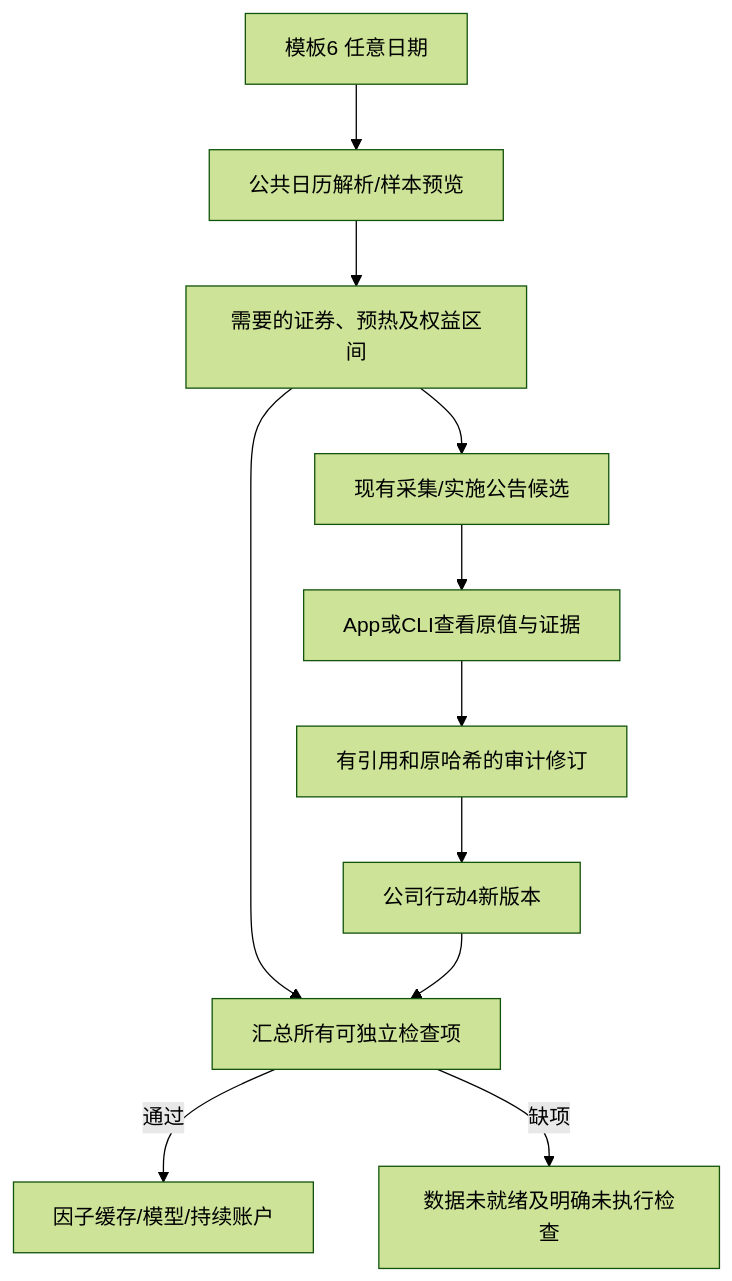
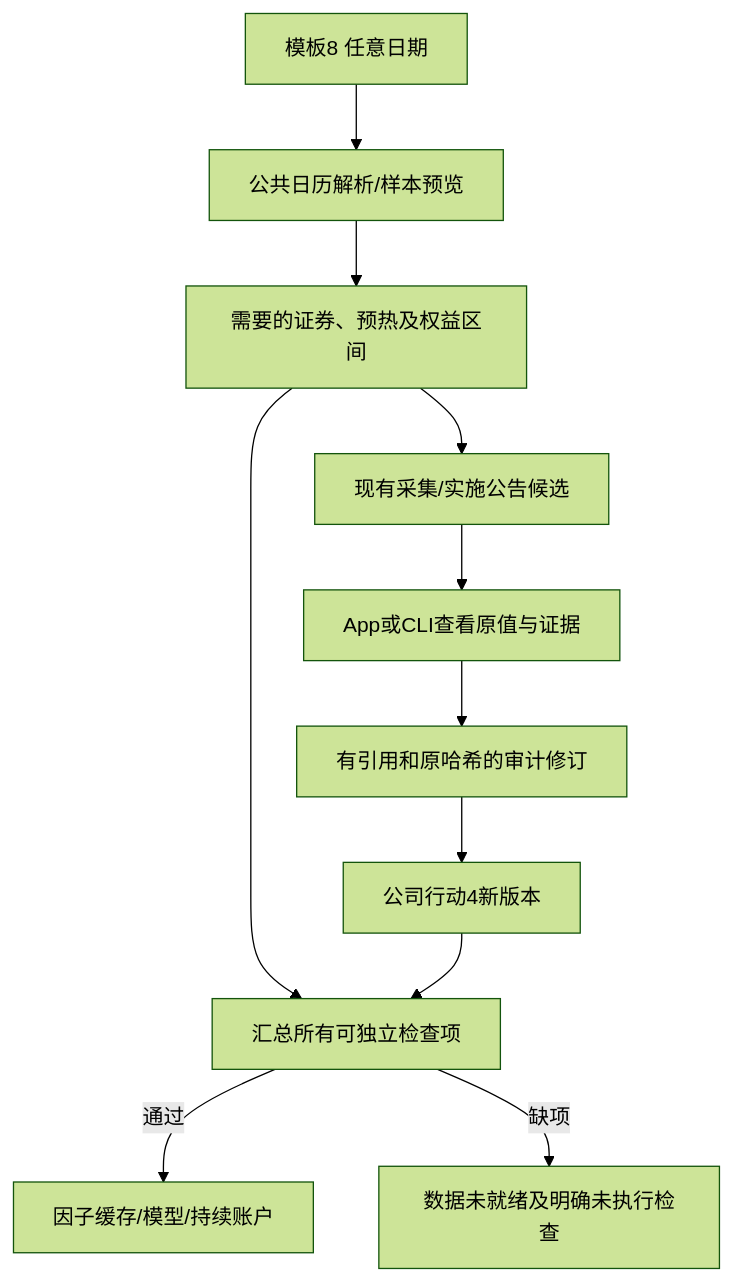
One commit to Dennishaha/JFQuant changed the third of 6 diagrams in crates/workflow/README.md. Above: the diagram before and after it, drawn with Mermaid (forest theme). The commit also changed other lines of this file and 77 other files, not shown here.

````diff
--- a/crates/workflow/README.md
+++ b/crates/workflow/README.md
@@ -154,13 +156,13 @@
 ```mermaid
 flowchart TD
-  T[模板6 任意日期] --> D[公共日历解析/样本预览]
+  T[模板8 任意日期] --> D[公共日历解析/样本预览]
   D --> Q[需要的证券、预热及权益区间]
   Q --> C[现有采集/实施公告候选]
   C --> I[App或CLI查看原值与证据]
   I --> R[有引用和原哈希的审计修订]
   R --> V[公司行动4新版本]
   Q --> G[汇总所有可独立检查项]
   V --> G
   G -->|通过| M[因子缓存/模型/持续账户]
   G -->|缺项| E[数据未就绪及明确未执行检查]
 ```
````
